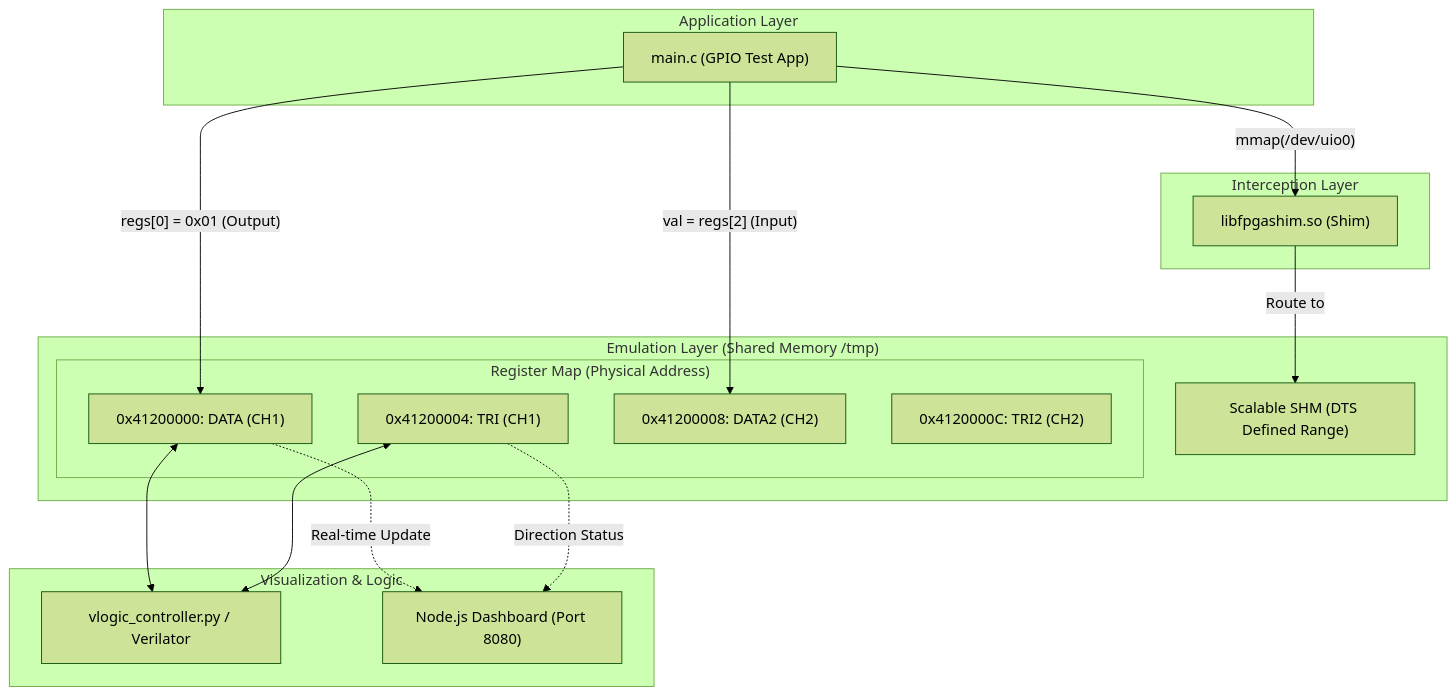
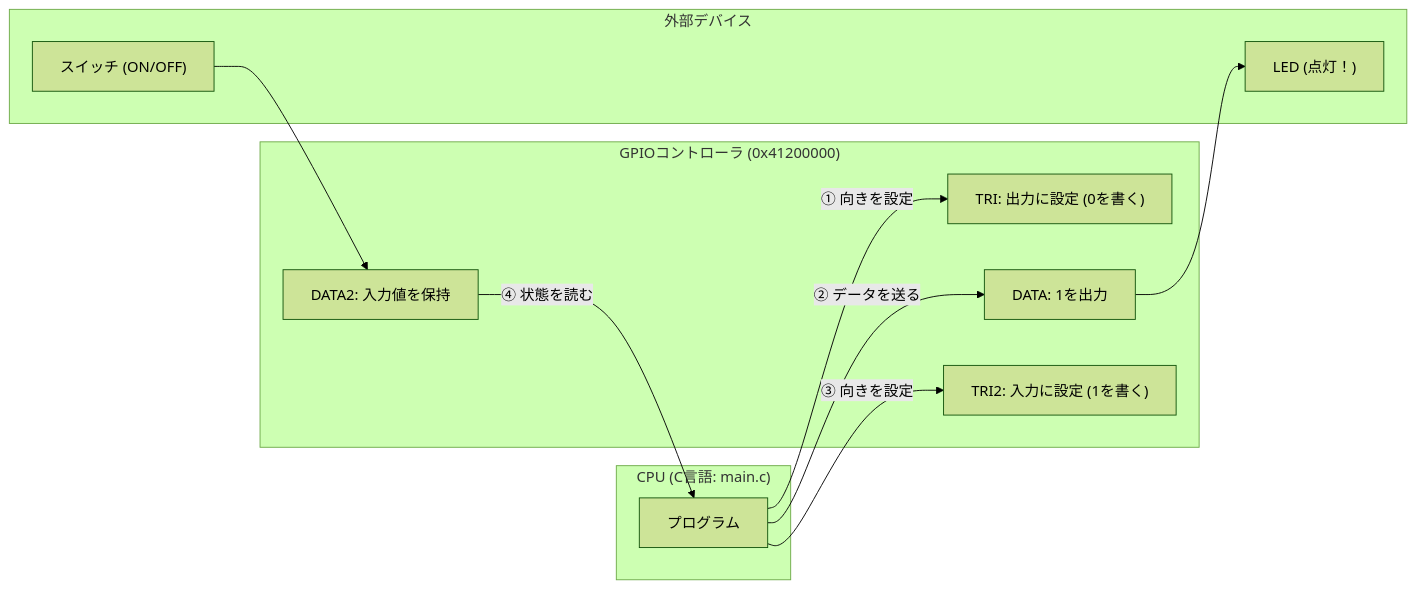
The diagram in tests/scenarios/06_gpio/README.md (sirosiro/FPGA-BoardlessBench), drawn with Mermaid (forest theme) before and after one commit. The commit also changed other lines of this file and 48 other files, not shown here.

````diff
--- a/tests/scenarios/06_gpio/README.md
+++ b/tests/scenarios/06_gpio/README.md
@@ -9,36 +20,26 @@
 ```mermaid
-graph TD
-    subgraph "Application Layer"
-        Main["main.c (GPIO Test App)"]
+flowchart LR
+    subgraph CPU ["CPU (C言語: main.c)"]
+        C_App["プログラム"]
     end
 
-    subgraph "Interception Layer"
-        Shim["libfpgashim.so (Shim)"]
+    subgraph Registers ["GPIOコントローラ (0x41200000)"]
+        direction1["TRI: 出力に設定 (0を書く)"]
+        data1["DATA: 1を出力"]
+        direction2["TRI2: 入力に設定 (1を書く)"]
+        data2["DATA2: 入力値を保持"]
     end
 
-    subgraph "Emulation Layer (Shared Memory /tmp)"
-        SHM["Scalable SHM (DTS Defined Range)"]
-        subgraph "Register Map (Physical Address)"
-            DATA["0x41200000: DATA (CH1)"]
-            TRI["0x41200004: TRI (CH1)"]
-            DATA2["0x41200008: DATA2 (CH2)"]
-            TRI2["0x4120000C: TRI2 (CH2)"]
-        end
+    subgraph Devices ["外部デバイス"]
+        LED["LED (点灯！)"]
+        Switch["スイッチ (ON/OFF)"]
     end
 
-    subgraph "Visualization & Logic"
-        VLogic["vlogic_controller.py / Verilator"]
-        Dash["Node.js Dashboard (Port 8080)"]
-    end
+    C_App -->|"① 向きを設定"| direction1
+    C_App -->|"② データを送る"| data1
+    data1 --> LED
 
-    Main -->|"mmap(/dev/uio0)"| Shim
-    Shim -->|"Route to"| SHM
-    Main -->|"regs[0] = 0x01 (Output)"| DATA
-    Main -->|"val = regs[2] (Input)"| DATA2
-
-    DATA <--> VLogic
-    TRI  <--> VLogic
-    
-    DATA -. "Real-time Update" .-> Dash
-    TRI  -. "Direction Status" .-> Dash
+    Switch --> data2
+    C_App -->|"③ 向きを設定"| direction2
+    data2 -->|"④ 状態を読む"| C_App
 ```
````
